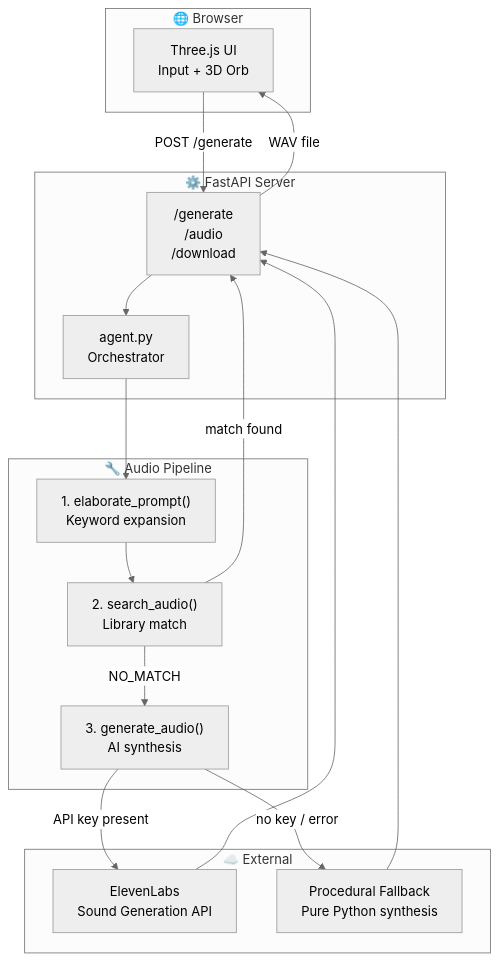
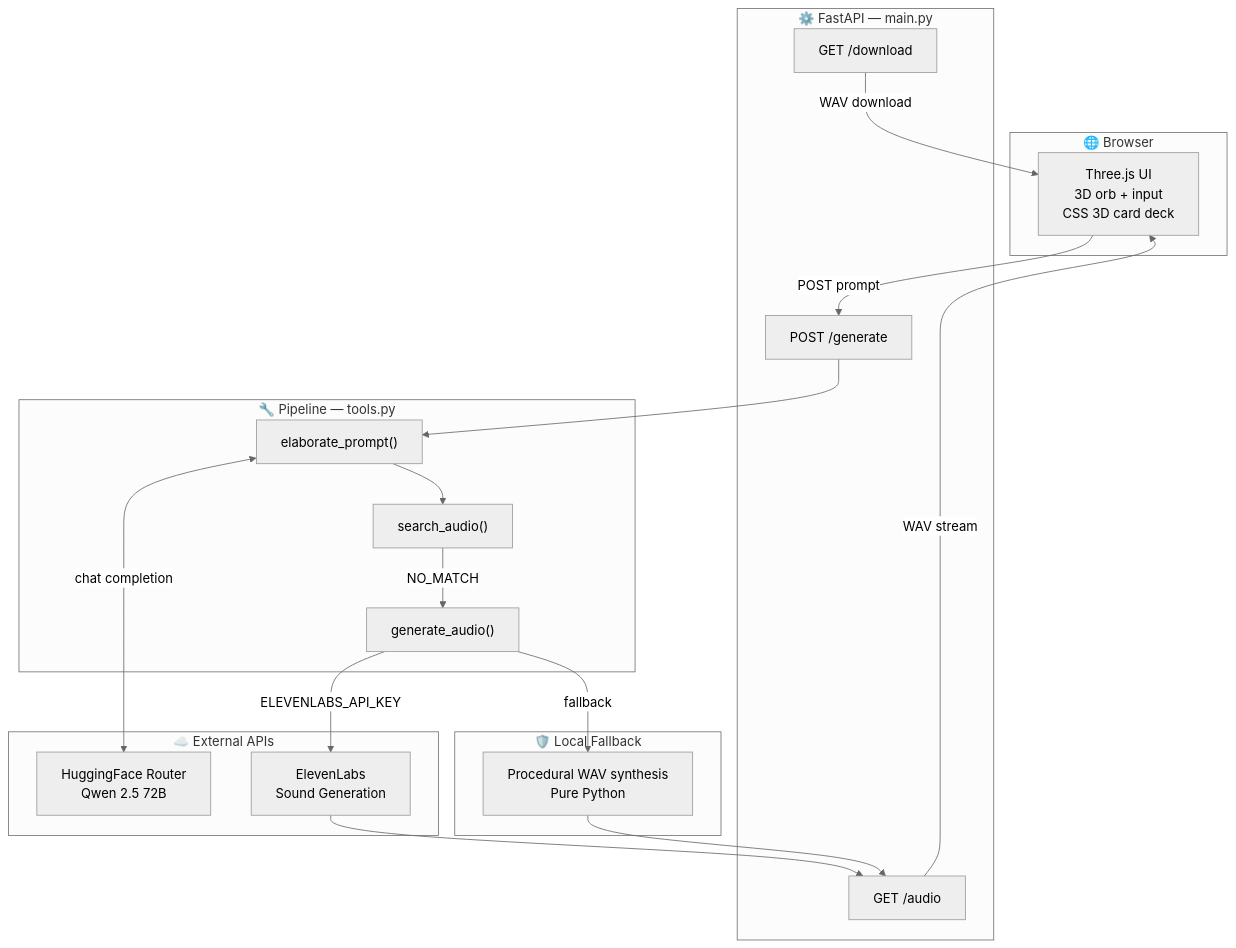
The third of 4 diagrams in README.md (yshemashree/Audify.ai), drawn with Mermaid (neutral theme) before and after one commit. The commit also changed other lines of this file, not shown here.

First line of the commit message:
Rewrite README to showcase agentic pipeline with Qwen + Mermaid diagrams

````diff
--- a/README.md
+++ b/README.md
@@ -25,34 +90,39 @@
 ```mermaid
 graph TB
     subgraph Browser["🌐 Browser"]
-        UI["Three.js UI\nInput + 3D Orb"]
+        UI["Three.js UI\n3D orb + input\nCSS 3D card deck"]
     end
 
-    subgraph Server["⚙️ FastAPI Server"]
-        API["/generate\n/audio\n/download"]
-        AGENT["agent.py\nOrchestrator"]
+    subgraph Server["⚙️ FastAPI — main.py"]
+        R1["POST /generate"]
+        R2["GET /audio"]
+        R3["GET /download"]
     end
 
-    subgraph Pipeline["🔧 Audio Pipeline"]
-        EXPAND["1. elaborate_prompt()\nKeyword expansion"]
-        SEARCH["2. search_audio()\nLibrary match"]
-        GEN["3. generate_audio()\nAI synthesis"]
+    subgraph Pipeline["🔧 Pipeline — tools.py"]
+        EP["elaborate_prompt()"]
+        SA["search_audio()"]
+        GA["generate_audio()"]
     end
 
-    subgraph External["☁️ External"]
-        EL["ElevenLabs\nSound Generation API"]
-        LOCAL["Procedural Fallback\nPure Python synthesis"]
+    subgraph External["☁️ External APIs"]
+        HF["HuggingFace Router\nQwen 2.5 72B"]
+        EL["ElevenLabs\nSound Generation"]
     end
 
-    UI -->|"POST /generate"| API
-    API --> AGENT
-    AGENT --> EXPAND
-    EXPAND --> SEARCH
-    SEARCH -->|"NO_MATCH"| GEN
-    SEARCH -->|"match found"| API
-    GEN -->|"API key present"| EL
-    GEN -->|"no key / error"| LOCAL
-    EL --> API
-    LOCAL --> API
-    API -->|"WAV file"| UI
+    subgraph Local["🛡️ Local Fallback"]
+        SYNTH["Procedural WAV synthesis\nPure Python"]
+    end
+
+    UI -->|POST prompt| R1
+    R1 --> EP
+    EP <-->|chat completion| HF
+    EP --> SA
+    SA -->|NO_MATCH| GA
+    GA -->|ELEVENLABS_API_KEY| EL
+    GA -->|fallback| SYNTH
+    EL --> R2
+    SYNTH --> R2
+    R2 -->|WAV stream| UI
+    R3 -->|WAV download| UI
 ```
````
